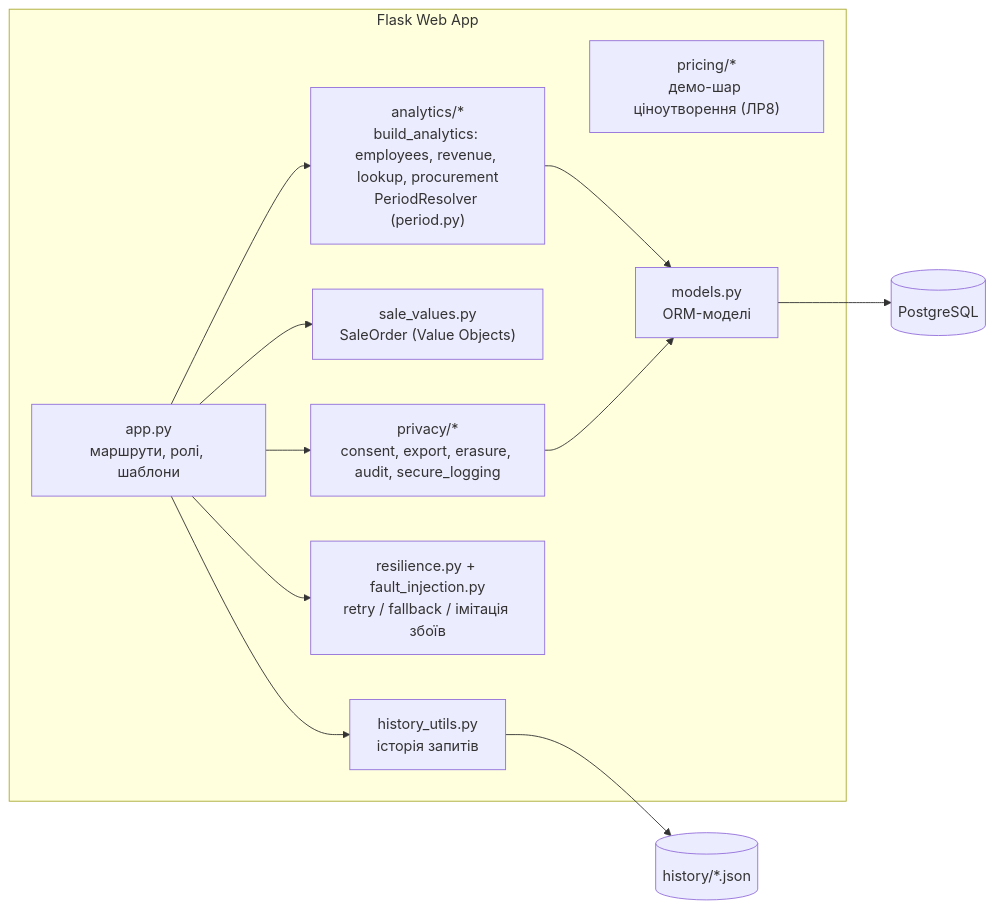
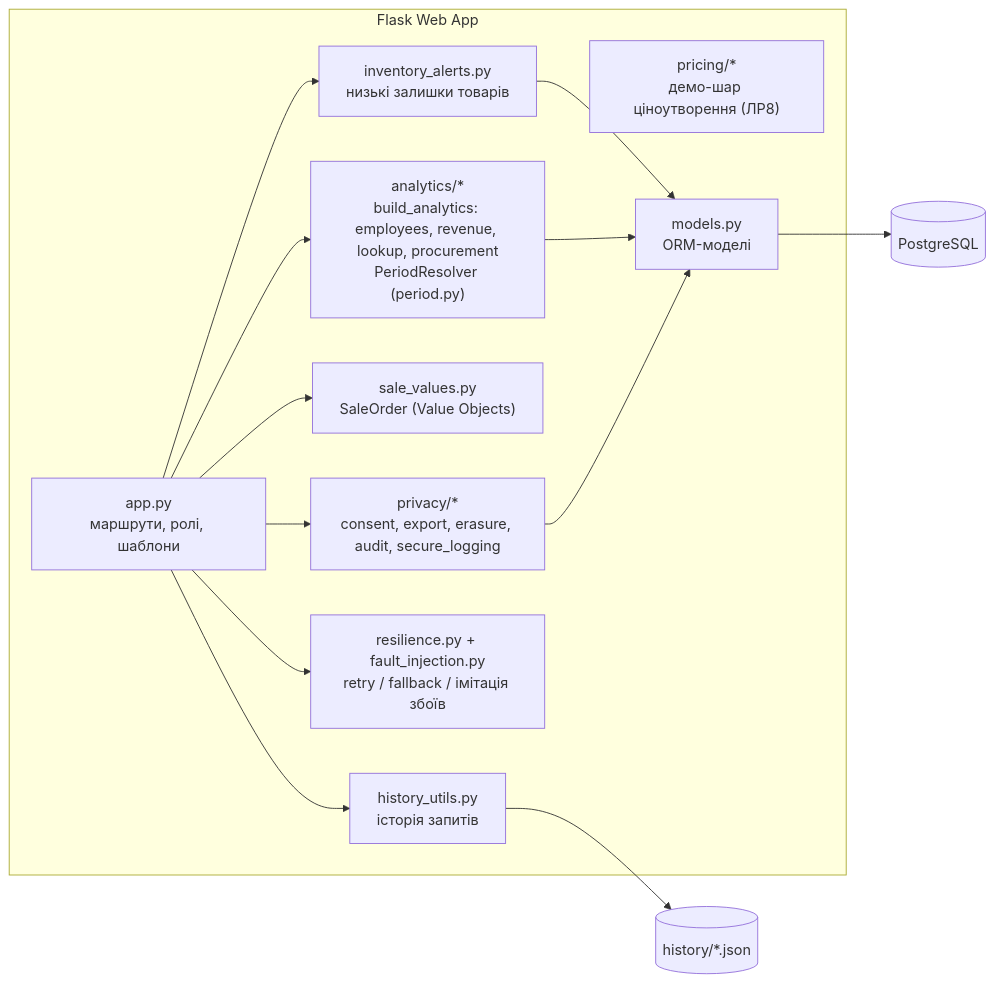
One commit to mariia-hutsuliak-labs/CURSOVA2 changed the second of 3 diagrams in docs/sdd.md. Above: the diagram before and after it, drawn with Mermaid. The commit also changed other lines of this file and 3 other files, not shown here.

````diff
--- a/docs/sdd.md
+++ b/docs/sdd.md
@@ -39,22 +39,25 @@
 ```mermaid
 flowchart LR
     subgraph Web["Flask Web App"]
         A["app.py<br/>маршрути, ролі, шаблони"]
+        I["inventory_alerts.py<br/>низькі залишки товарів"]
         Q["analytics/*<br/>build_analytics: employees, revenue, lookup, procurement<br/>PeriodResolver (period.py)"]
         PR["pricing/*<br/>демо-шар ціноутворення (ЛР8)"]
         S["sale_values.py<br/>SaleOrder (Value Objects)"]
         H["history_utils.py<br/>історія запитів"]
         R["resilience.py + fault_injection.py<br/>retry / fallback / імітація збоїв"]
         P["privacy/*<br/>consent, export, erasure, audit, secure_logging"]
         M["models.py<br/>ORM-моделі"]
     end
     A --> Q
+    A --> I
+    I --> M
     A --> S
     A --> H
     A --> R
     A --> P
     Q --> M
     P --> M
     M --> DB[(PostgreSQL)]
     H --> F[(history/*.json)]
 ```
````
